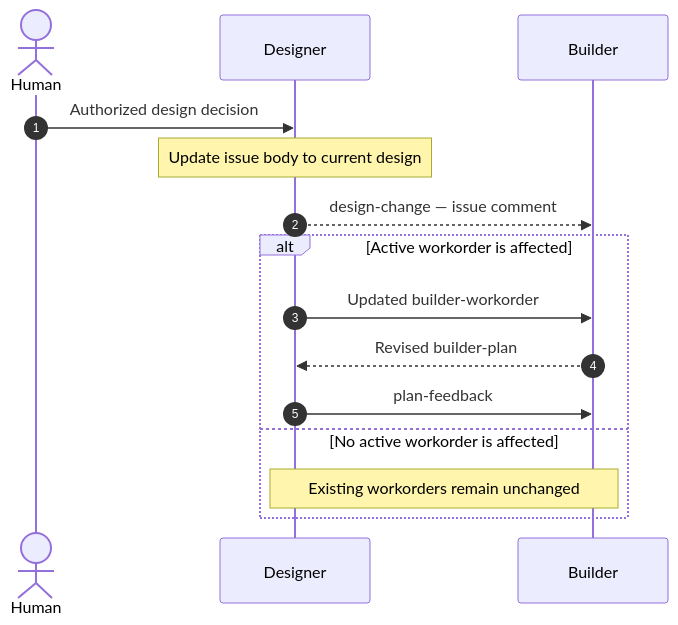
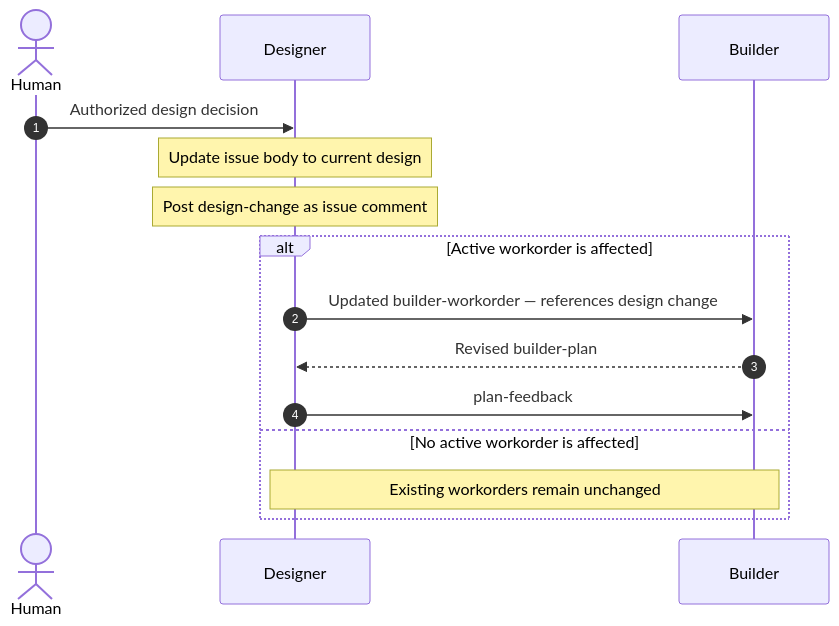
Before and after one commit to iamthenop/infurnet-skills: the sixth of 6 diagrams in skills/agent-workflow/references/master-workflow.md, drawn with Mermaid. The commit also changed other lines of this file and 3 other files, not shown here.

````diff
--- a/skills/agent-workflow/references/master-workflow.md
+++ b/skills/agent-workflow/references/master-workflow.md
@@ -358,23 +357,23 @@
 ```mermaid
 sequenceDiagram
     autonumber
 
     actor H as Human
     participant D as Designer
     participant B as Builder
 
     H->>D: Authorized design decision
 
     Note over D: Update issue body to current design
 
-    D-->>B: design-change — issue comment
+    Note over D: Post design-change as issue comment
 
     alt Active workorder is affected
-        D->>B: Updated builder-workorder
+        D->>B: Updated builder-workorder — references design change
         B-->>D: Revised builder-plan
         D->>B: plan-feedback
 
     else No active workorder is affected
         Note over D,B: Existing workorders remain unchanged
     end
 ```
````
